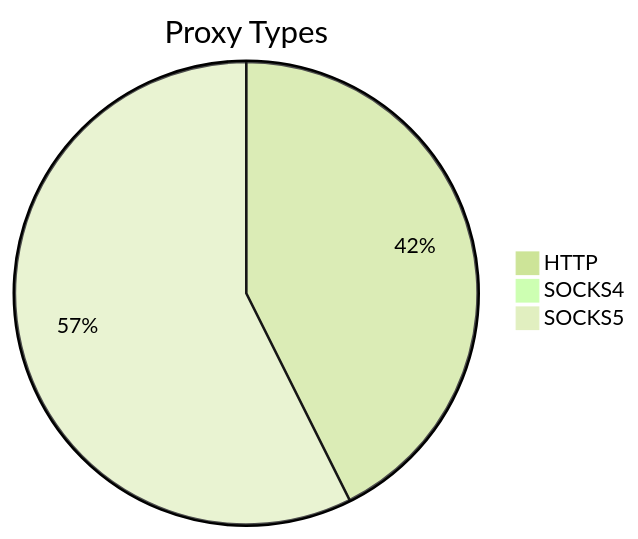
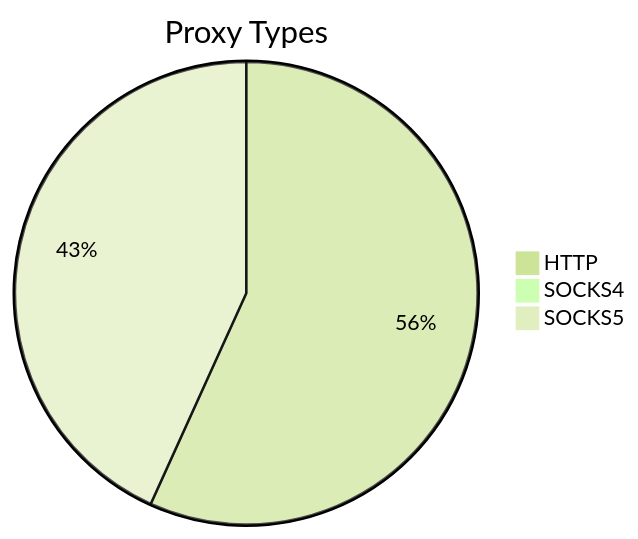
The first of 2 diagrams in README.md (stormsia/proxy-list), drawn with Mermaid (forest theme) before and after one commit. The commit also changed other lines of this file, not shown here.

````diff
--- a/README.md
+++ b/README.md
@@ -21,6 +21,6 @@
 ```mermaid
 pie title Proxy Types
-    "HTTP" : 910
-    "SOCKS4" : 21
-    "SOCKS5" : 1225
+    "HTTP" : 792
+    "SOCKS4" : 13
+    "SOCKS5" : 603
 ```
````
